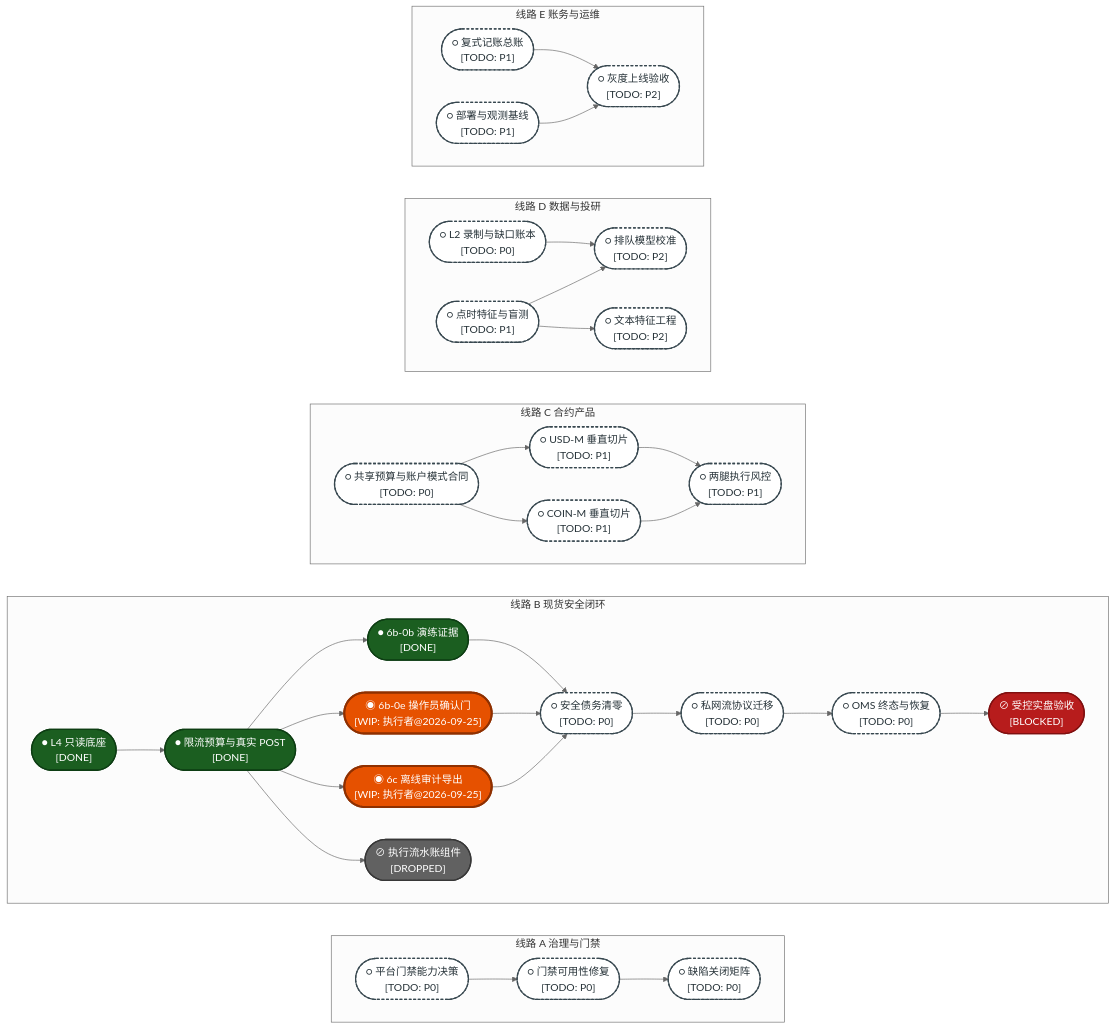
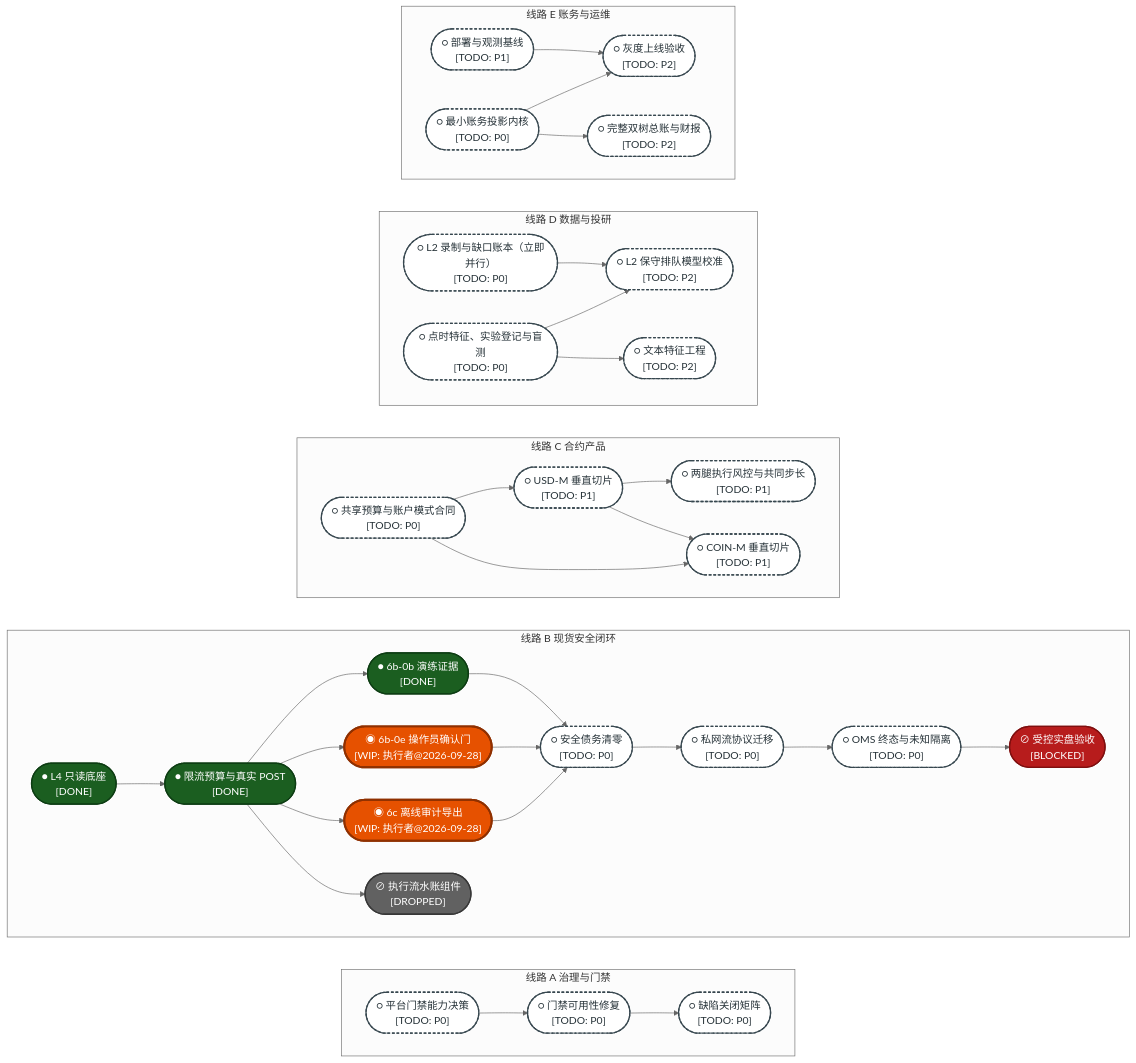
One commit to EypeZeo/hengyuan_v2 changed the first of 5 diagrams in docs/HengYuan_v2_全自动量化实盘系统实施指南与TODOLIST.md. Above: the diagram before and after it, drawn with Mermaid (neutral theme). The commit also changed other lines of this file and 8 other files, not shown here.

````diff
--- a/docs/HengYuan_v2_全自动量化实盘系统实施指南与TODOLIST.md
+++ b/docs/HengYuan_v2_全自动量化实盘系统实施指南与TODOLIST.md
@@ -95,11 +111,11 @@
         B0(["● L4 只读底座<br/>[DONE]"])
         B1(["● 限流预算与真实 POST<br/>[DONE]"])
         B2(["● 6b-0b 演练证据<br/>[DONE]"])
-        B3(["◉ 6b-0e 操作员确认门<br/>[WIP: 执行者@2026-09-25]"])
-        B4(["◉ 6c 离线审计导出<br/>[WIP: 执行者@2026-09-25]"])
+        B3(["◉ 6b-0e 操作员确认门<br/>[WIP: 执行者@2026-09-28]"])
+        B4(["◉ 6c 离线审计导出<br/>[WIP: 执行者@2026-09-28]"])
         B5(["○ 安全债务清零<br/>[TODO: P0]"])
         B6(["○ 私网流协议迁移<br/>[TODO: P0]"])
-        B7(["○ OMS 终态与恢复<br/>[TODO: P0]"])
+        B7(["○ OMS 终态与未知隔离<br/>[TODO: P0]"])
         B8(["⊘ 受控实盘验收<br/>[BLOCKED]"])
         BD(["⊘ 执行流水账组件<br/>[DROPPED]"])
         B0 --> B1
@@ -119,19 +135,19 @@
         direction LR
         C0(["○ 共享预算与账户模式合同<br/>[TODO: P0]"])
         C1(["○ USD-M 垂直切片<br/>[TODO: P1]"])
+        C3(["○ 两腿执行风控与共同步长<br/>[TODO: P1]"])
         C2(["○ COIN-M 垂直切片<br/>[TODO: P1]"])
-        C3(["○ 两腿执行风控<br/>[TODO: P1]"])
         C0 --> C1
+        C1 --> C3
         C0 --> C2
-        C1 --> C3
-        C2 --> C3
+        C1 --> C2
     end
 
     subgraph LD ["线路 D 数据与投研"]
         direction LR
-        D0(["○ L2 录制与缺口账本<br/>[TODO: P0]"])
-        D1(["○ 点时特征与盲测<br/>[TODO: P1]"])
-        D2(["○ 排队模型校准<br/>[TODO: P2]"])
+        D0(["○ L2 录制与缺口账本（立即并行）<br/>[TODO: P0]"])
+        D1(["○ 点时特征、实验登记与盲测<br/>[TODO: P0]"])
+        D2(["○ L2 保守排队模型校准<br/>[TODO: P2]"])
         D3(["○ 文本特征工程<br/>[TODO: P2]"])
         D0 --> D2
         D1 --> D2
@@ -140,17 +156,19 @@
 
     subgraph LE ["线路 E 账务与运维"]
         direction LR
-        E0(["○ 复式记账总账<br/>[TODO: P1]"])
+        E0(["○ 最小账务投影内核<br/>[TODO: P0]"])
         E1(["○ 部署与观测基线<br/>[TODO: P1]"])
         E2(["○ 灰度上线验收<br/>[TODO: P2]"])
+        E3(["○ 完整双树总账与财报<br/>[TODO: P2]"])
         E0 --> E2
         E1 --> E2
+        E0 --> E3
     end
 
     class B0,B1 done
     class B2 done
     class B3,B4 wip
-    class A0,A1,A2,B5,B6,B7,C0,C1,C2,C3,D0,D1,D2,D3,E0,E1,E2 todo
+    class A0,A1,A2,B5,B6,B7,C0,C1,C2,C3,D0,D1,D2,D3,E0,E1,E2,E3 todo
     class B8 blocked
     class BD dropped
 ```
````
